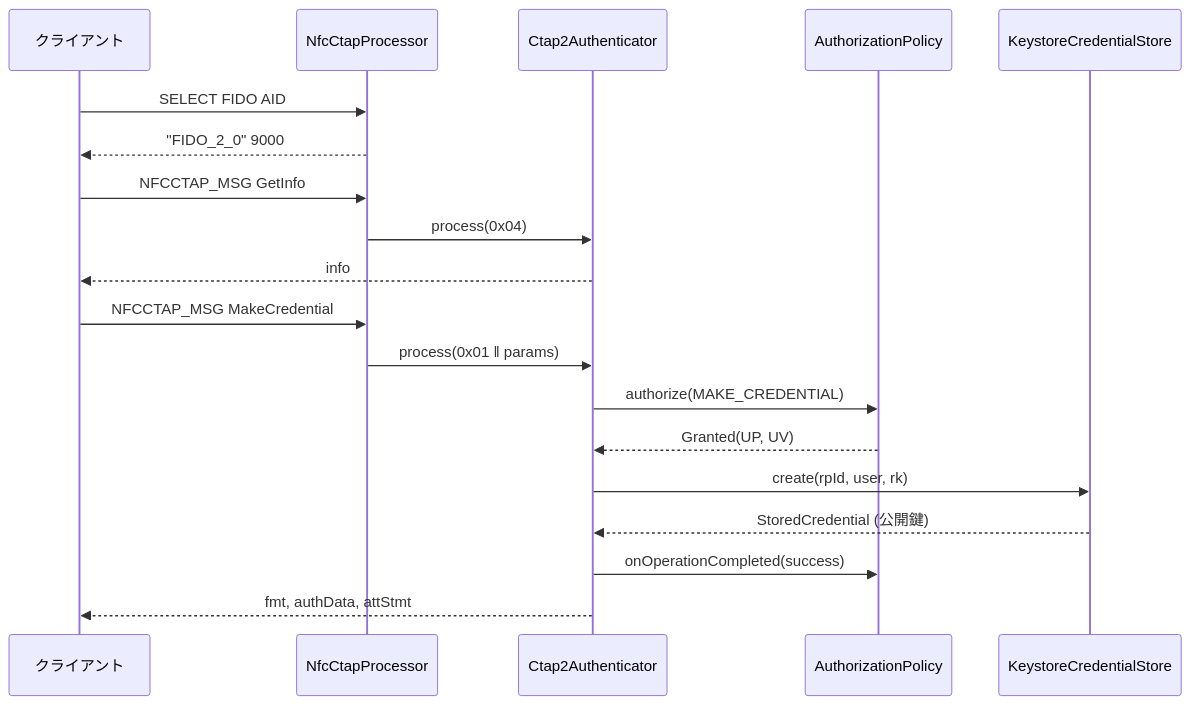
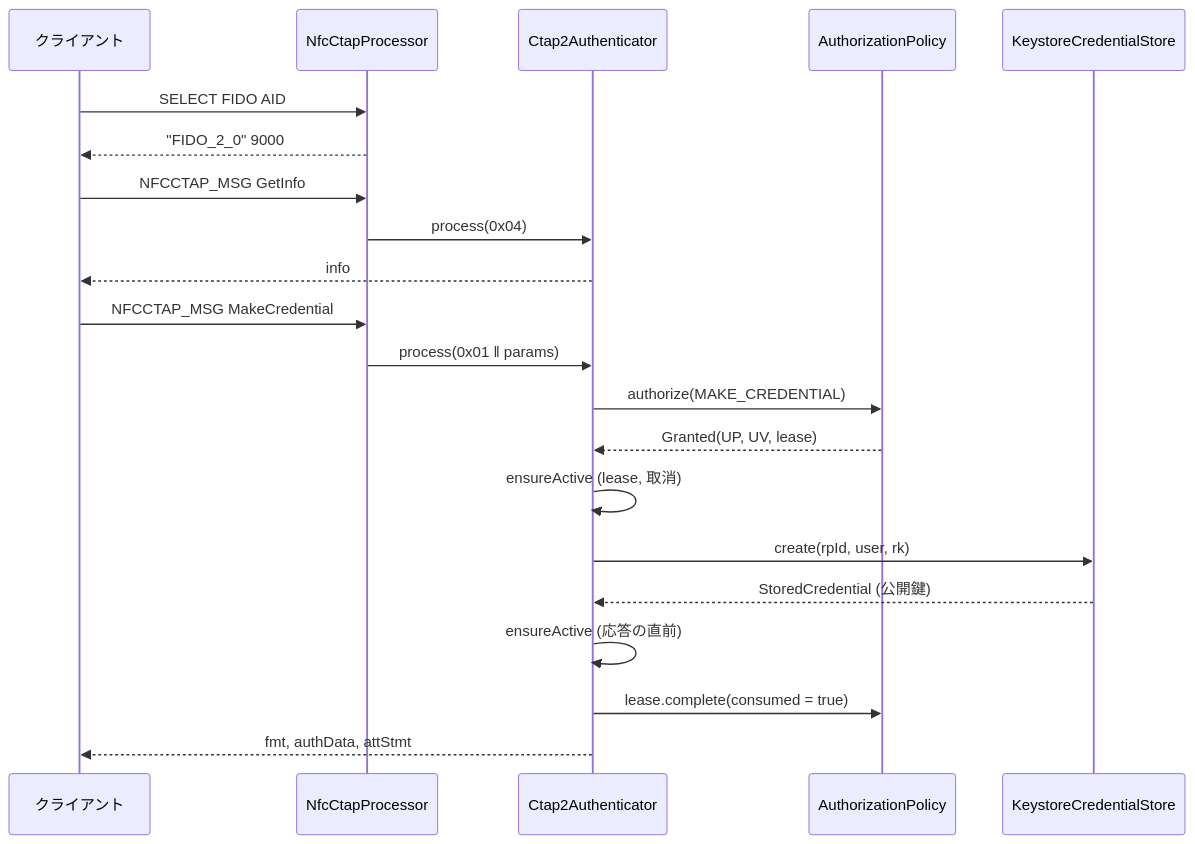
One commit to tecogonaz0439/TCAndroidKey changed the second of 3 diagrams in docs/design/detail/01_ctap2.md. Above: the diagram before and after it, drawn with Mermaid. The commit also changed other lines of this file and 19 other files, not shown here.

````diff
--- a/docs/design/detail/01_ctap2.md
+++ b/docs/design/detail/01_ctap2.md
@@ -227,21 +259,23 @@
 ```mermaid
 sequenceDiagram
     participant C as クライアント
     participant N as NfcCtapProcessor
     participant A as Ctap2Authenticator
     participant P as AuthorizationPolicy
     participant S as KeystoreCredentialStore
     C->>N: SELECT FIDO AID
     N-->>C: "FIDO_2_0" 9000
     C->>N: NFCCTAP_MSG GetInfo
     N->>A: process(0x04)
     A-->>C: info
     C->>N: NFCCTAP_MSG MakeCredential
     N->>A: process(0x01 ‖ params)
     A->>P: authorize(MAKE_CREDENTIAL)
-    P-->>A: Granted(UP, UV)
+    P-->>A: Granted(UP, UV, lease)
+    A->>A: ensureActive (lease, 取消)
     A->>S: create(rpId, user, rk)
     S-->>A: StoredCredential (公開鍵)
-    A->>P: onOperationCompleted(success)
+    A->>A: ensureActive (応答の直前)
+    A->>P: lease.complete(consumed = true)
     A-->>C: fmt, authData, attStmt
 ```
````
